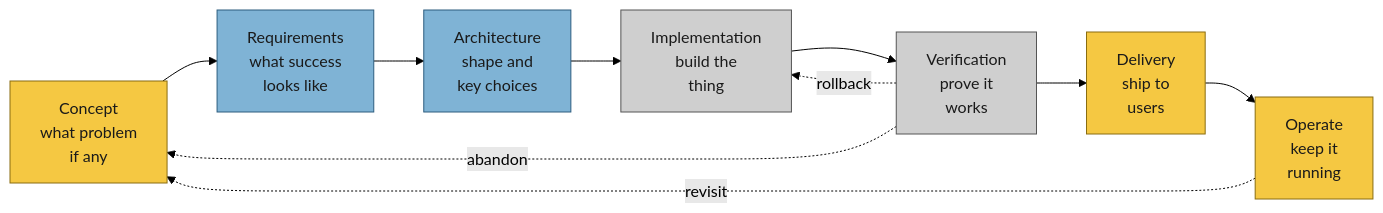
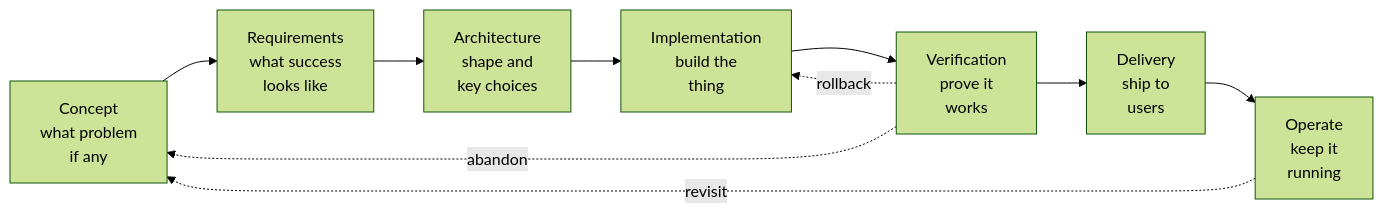
Before and after one commit to xdflatline/quartz: the first of 2 diagrams in content/Projects/SDLC.md, drawn with Mermaid (forest theme). The commit also changed other lines of this file, not shown here.

Commit message:
fix(projects): drop colours from SDLC phase flow mermaid
The gold/blue/grey classDefs used near-black stroke and a fill
that left labels low-contrast against the rendered backgrounds,
making several boxes unreadable on the published page. Dropped
the classDefs and the per-node class assignments; updated the
section prose to describe the forward and rollback edges instead
of the colour legend.

````diff
--- a/content/Projects/SDLC.md
+++ b/content/Projects/SDLC.md
@@ -18,19 +18,15 @@
 ```mermaid
 flowchart LR
-    C[Concept<br/>what problem<br/>if any]:::human
-    R[Requirements<br/>what success<br/>looks like]:::agentdraft
-    A[Architecture<br/>shape and<br/>key choices]:::agentdraft
-    I[Implementation<br/>build the<br/>thing]:::agent
-    V[Verification<br/>prove it<br/>works]:::agent
-    D[Delivery<br/>ship to<br/>users]:::human
-    O[Operate<br/>keep it<br/>running]:::human
+    C[Concept<br/>what problem<br/>if any]
+    R[Requirements<br/>what success<br/>looks like]
+    A[Architecture<br/>shape and<br/>key choices]
+    I[Implementation<br/>build the<br/>thing]
+    V[Verification<br/>prove it<br/>works]
+    D[Delivery<br/>ship to<br/>users]
+    O[Operate<br/>keep it<br/>running]
 
     C --> R --> A --> I --> V --> D --> O
     V -.rollback.-> I
     V -.abandon.-> C
     O -.revisit.-> C
-
-    classDef human fill:#f5c842,stroke:#8a6d10,color:#1a1a1a
-    classDef agentdraft fill:#7fb3d5,stroke:#2c5d7f,color:#1a1a1a
-    classDef agent fill:#cfcfcf,stroke:#555,color:#1a1a1a
 ```
````
